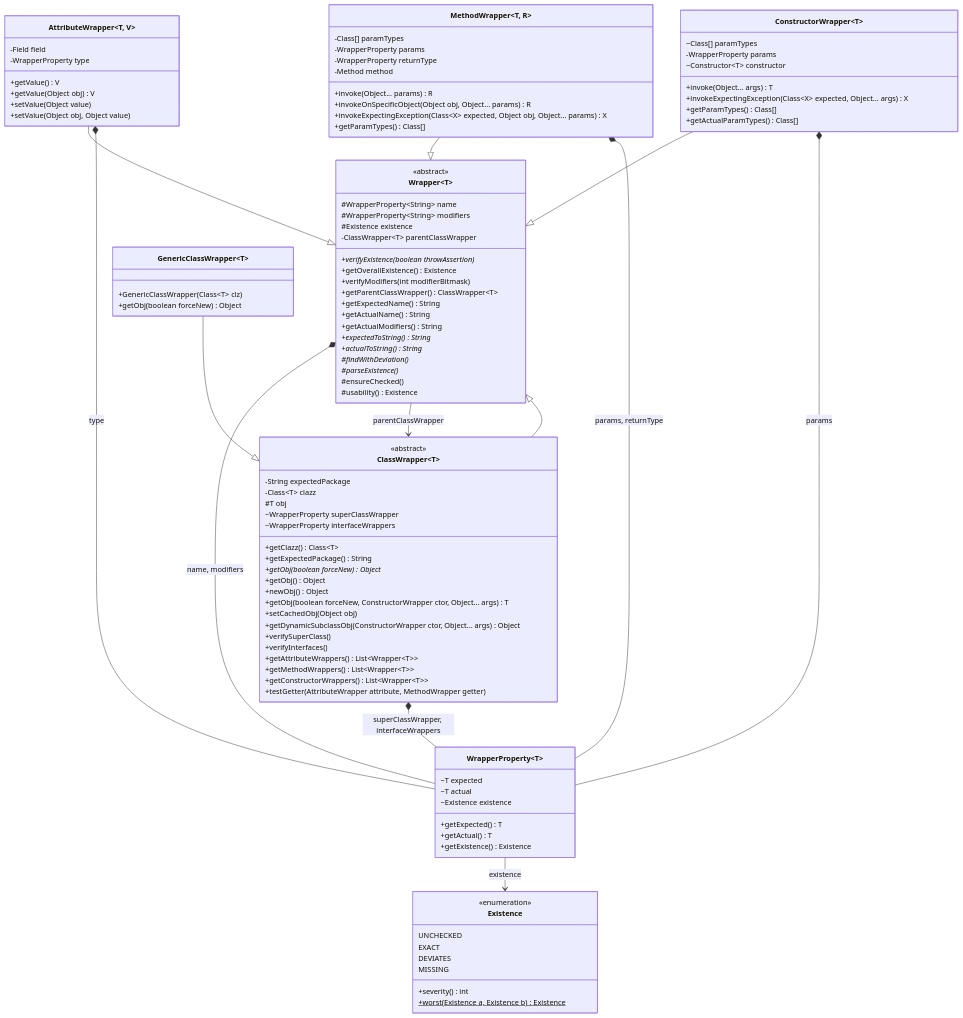
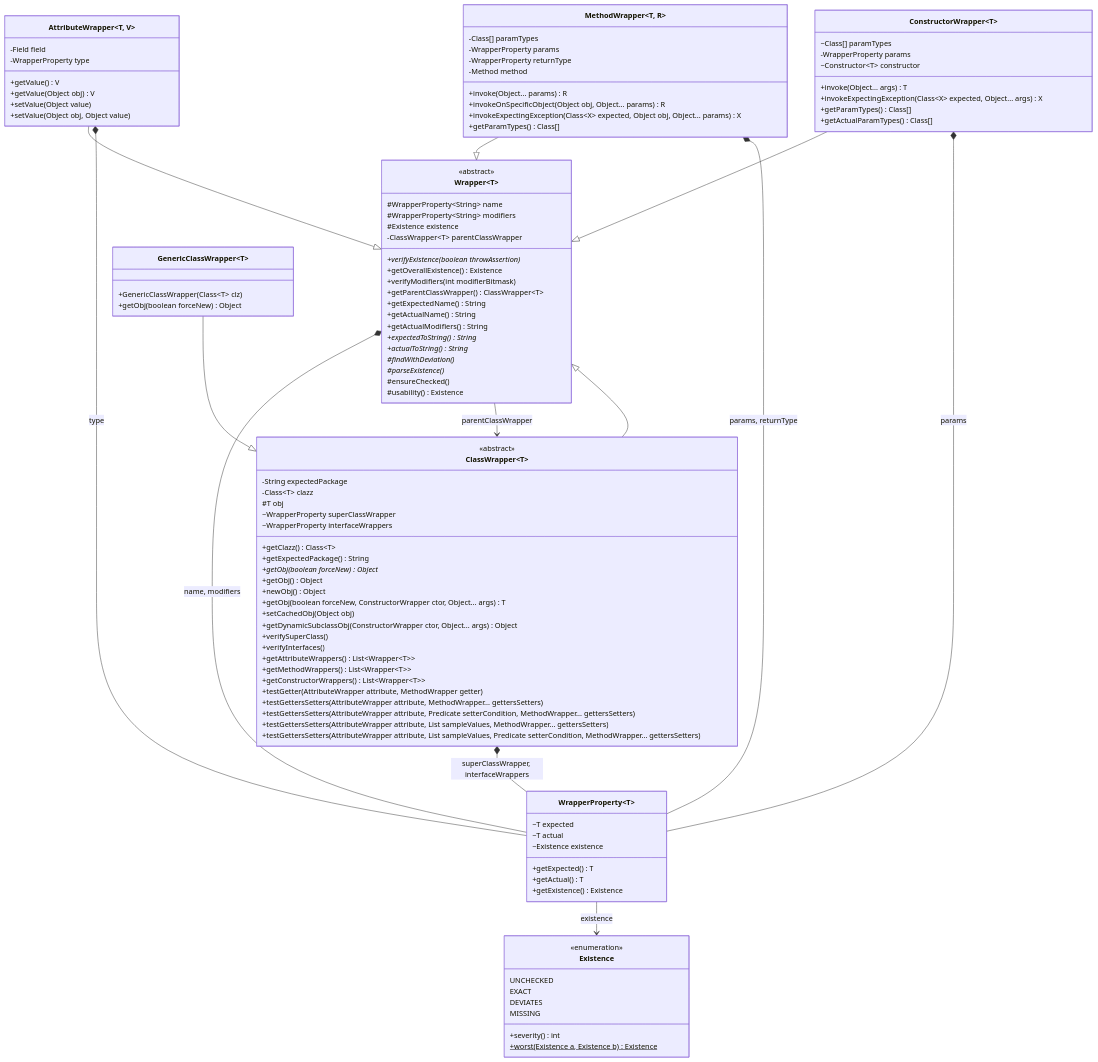
The second of 4 diagrams in docs/architecture.md (ValentinHerrmann/Levenshtein-Testing-Framework), drawn with Mermaid before and after one commit. The commit also changed 18 other files, not shown here.

```diff
--- a/docs/architecture.md
+++ b/docs/architecture.md
@@ -137,6 +137,10 @@
         +getMethodWrappers() List~Wrapper~T~~
         +getConstructorWrappers() List~Wrapper~T~~
         +testGetter(AttributeWrapper attribute, MethodWrapper getter)
+        +testGettersSetters(AttributeWrapper attribute, MethodWrapper... gettersSetters)
+        +testGettersSetters(AttributeWrapper attribute, Predicate setterCondition, MethodWrapper... gettersSetters)
+        +testGettersSetters(AttributeWrapper attribute, List sampleValues, MethodWrapper... gettersSetters)
+        +testGettersSetters(AttributeWrapper attribute, List sampleValues, Predicate setterCondition, MethodWrapper... gettersSetters)
     }
     class GenericClassWrapper~T~ {
         +GenericClassWrapper(Class~T~ clz)
```
